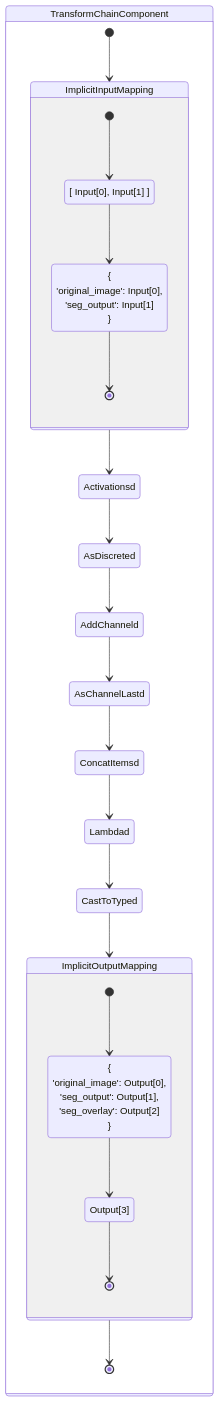
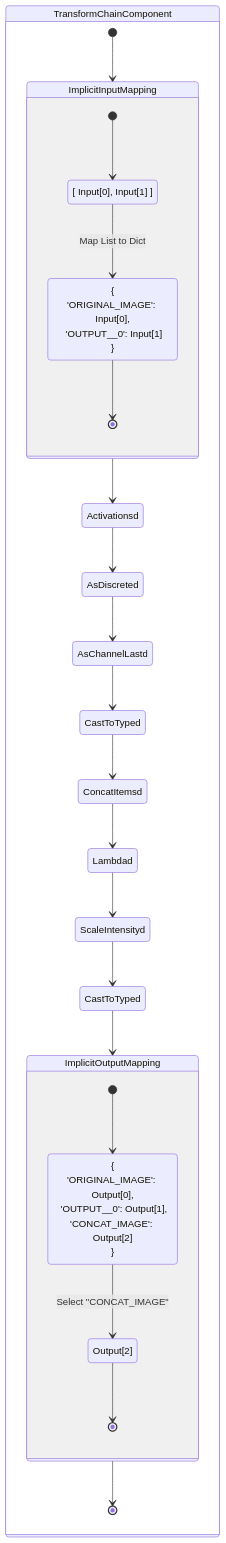
One commit to Project-MONAI/MONAIStream changed the third of 5 diagrams in docs/source/developerguide.rst. Above: the diagram before and after it, drawn with Mermaid. The commit also changed other lines of this file and 2 other files, not shown here.

```diff
--- a/docs/source/developerguide.rst
+++ b/docs/source/developerguide.rst
@@ -169,29 +196,32 @@
 .. mermaid::
 
    stateDiagram-v2
       state TransformChainComponent {
          [*] --> ImplicitInputMapping
+         state "CastToTyped" as CastToTypedFLOAT
+         state "CastToTyped" as CastToTypedINT
          state ImplicitInputMapping {
             state "[ Input[0], Input[1] ]" as IMInputs
-            state "{<br>'original_image': Input[0],<br> 'seg_output': Input[1]<br>}" as IMOutputs
+            state "{<br>'ORIGINAL_IMAGE': Input[0],<br> 'OUTPUT__0': Input[1]<br>}" as IMOutputs
             [*] --> IMInputs
-            IMInputs --> IMOutputs
+            IMInputs --> IMOutputs: Map List to Dict
             IMOutputs --> [*]
          }
          ImplicitInputMapping --> Activationsd
          Activationsd --> AsDiscreted
-         AsDiscreted --> AddChanneld
-         AddChanneld --> AsChannelLastd
-         AsChannelLastd --> ConcatItemsd
+         AsDiscreted --> AsChannelLastd
+         AsChannelLastd --> CastToTypedFLOAT
+         CastToTypedFLOAT --> ConcatItemsd
          ConcatItemsd --> Lambdad
-         Lambdad --> CastToTyped
-         CastToTyped --> ImplicitOutputMapping
+         Lambdad --> ScaleIntensityd
+         ScaleIntensityd --> CastToTypedINT
+         CastToTypedINT --> ImplicitOutputMapping
          state ImplicitOutputMapping {
-               state "{<br>'original_image': Output[0],<br> 'seg_output': Output[1],<br>'seg_overlay': Output[2]<br/>}" as OMInputs
-               state "Output[3]" as OMOutputs
+               state "{<br>'ORIGINAL_IMAGE': Output[0],<br> 'OUTPUT__0': Output[1],<br>'CONCAT_IMAGE': Output[2]<br/>}" as OMInputs
+               state "Output[2]" as OMOutputs
                [*] --> OMInputs
-               OMInputs --> OMOutputs
+               OMInputs --> OMOutputs: Select "CONCAT_IMAGE"
                OMOutputs --> [*]
          }
          ImplicitOutputMapping --> [*]
       }
```
